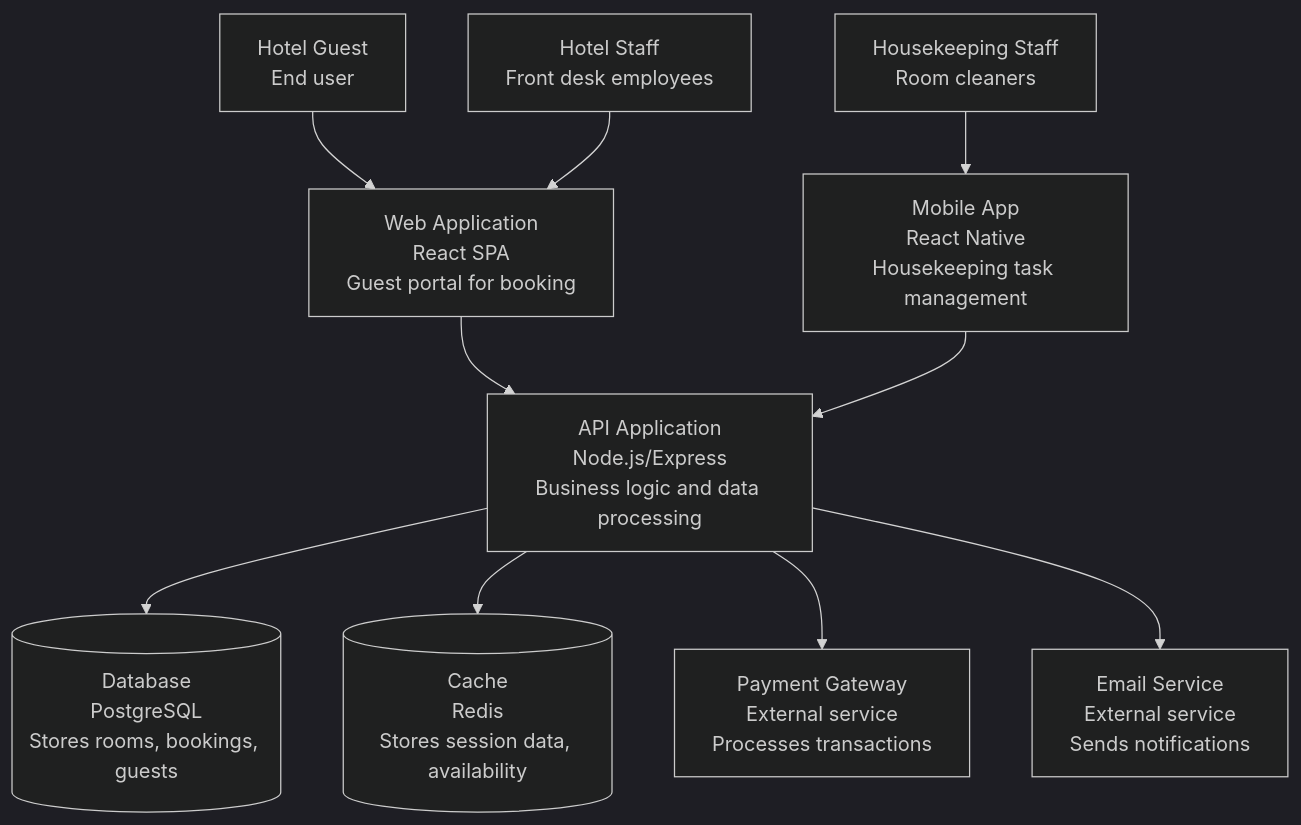
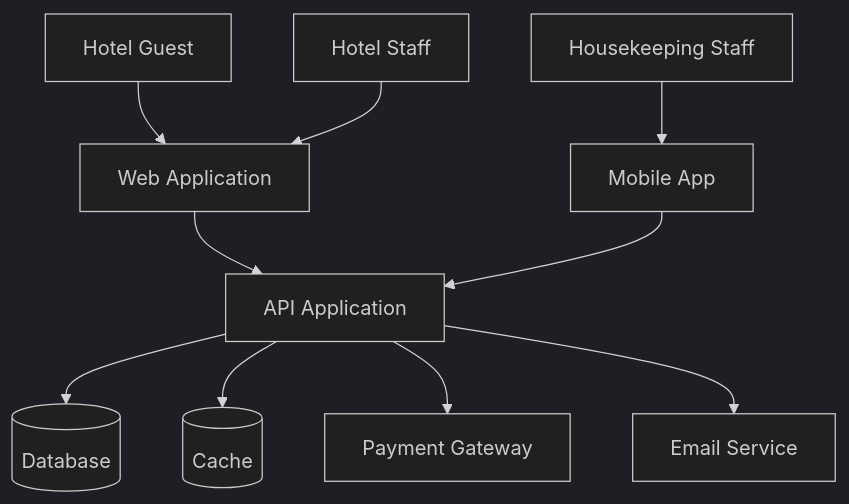
Before and after one commit to Kamva-Ntlanga/hospitality-management-system: the second of 8 diagrams in ARCHITECTURE.md, drawn with Mermaid (dark theme). The commit also changed other lines of this file, not shown here.

````diff
--- a/ARCHITECTURE.md
+++ b/ARCHITECTURE.md
@@ -33,14 +32,14 @@
 ```mermaid
 graph TD
-    User1["Hotel Guest<br>End user"] --> C1["Web Application<br>React SPA<br>Guest portal for booking"]
-    User2["Hotel Staff<br>Front desk employees"] --> C1
-    User3["Housekeeping Staff<br>Room cleaners"] --> C2["Mobile App<br>React Native<br>Housekeeping task management"]
+    Guest["Hotel Guest"] --> Web["Web Application"]
+    Staff["Hotel Staff"] --> Web
+    House["Housekeeping Staff"] --> Mobile["Mobile App"]
     
-    C1 --> C3["API Application<br>Node.js/Express<br>Business logic and data processing"]
-    C2 --> C3
+    Web --> API["API Application"]
+    Mobile --> API
     
-    C3 --> D1[("Database<br>PostgreSQL<br>Stores rooms, bookings, guests")]
-    C3 --> D2[("Cache<br>Redis<br>Stores session data, availability")]
-    C3 --> E1["Payment Gateway<br>External service<br>Processes transactions"]
-    C3 --> E2["Email Service<br>External service<br>Sends notifications"]
+    API --> DB[("Database")]
+    API --> Cache[("Cache")]
+    API --> Pay["Payment Gateway"]
+    API --> Email["Email Service"]
 ```
````
